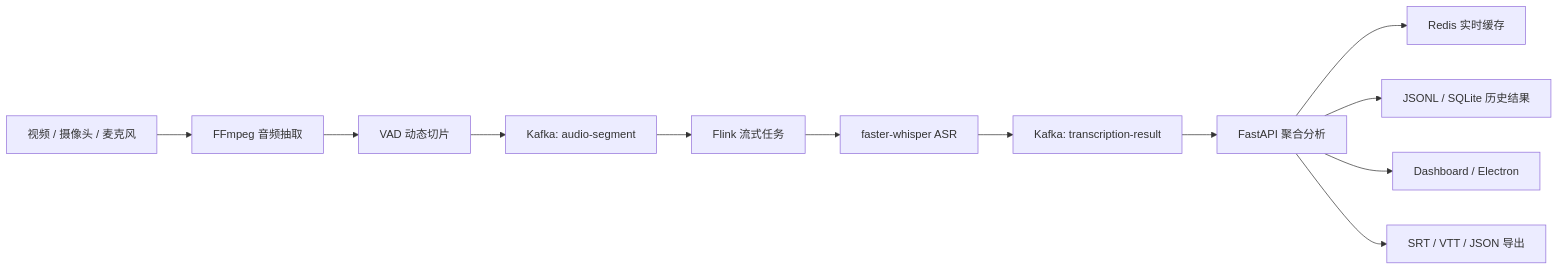
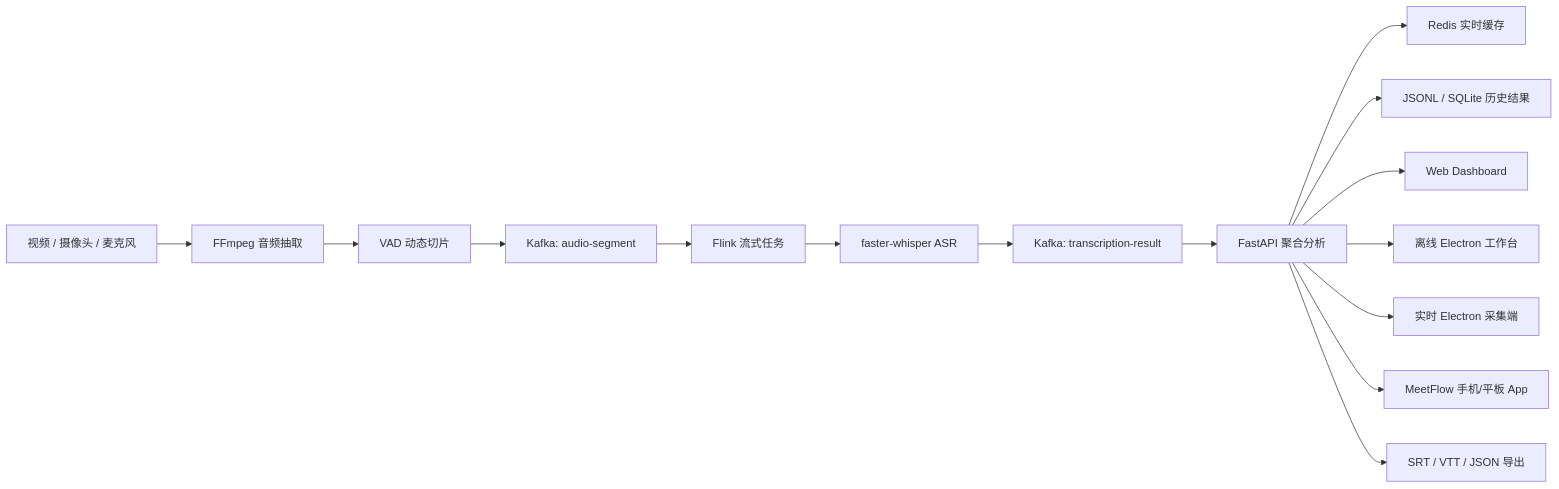
The first of 3 diagrams in docs/原理解说.md (NJNAN/kafka-flink-video-streaming-asr), drawn with Mermaid before and after one commit. The commit also changed other lines of this file and 6 other files, not shown here.

````diff
--- a/docs/原理解说.md
+++ b/docs/原理解说.md
@@ -41,14 +41,17 @@
 ```mermaid
 flowchart LR
     Input["视频 / 摄像头 / 麦克风"] --> FFmpeg["FFmpeg 音频抽取"]
     FFmpeg --> VAD["VAD 动态切片"]
     VAD --> AudioTopic["Kafka: audio-segment"]
     AudioTopic --> Flink["Flink 流式任务"]
     Flink --> ASR["faster-whisper ASR"]
     ASR --> ResultTopic["Kafka: transcription-result"]
     ResultTopic --> API["FastAPI 聚合分析"]
     API --> Cache["Redis 实时缓存"]
     API --> History["JSONL / SQLite 历史结果"]
-    API --> UI["Dashboard / Electron"]
+    API --> Dashboard["Web Dashboard"]
+    API --> OfflineDesktop["离线 Electron 工作台"]
+    API --> LiveDesktop["实时 Electron 采集端"]
+    API --> Mobile["MeetFlow 手机/平板 App"]
     API --> Export["SRT / VTT / JSON 导出"]
 ```
````
